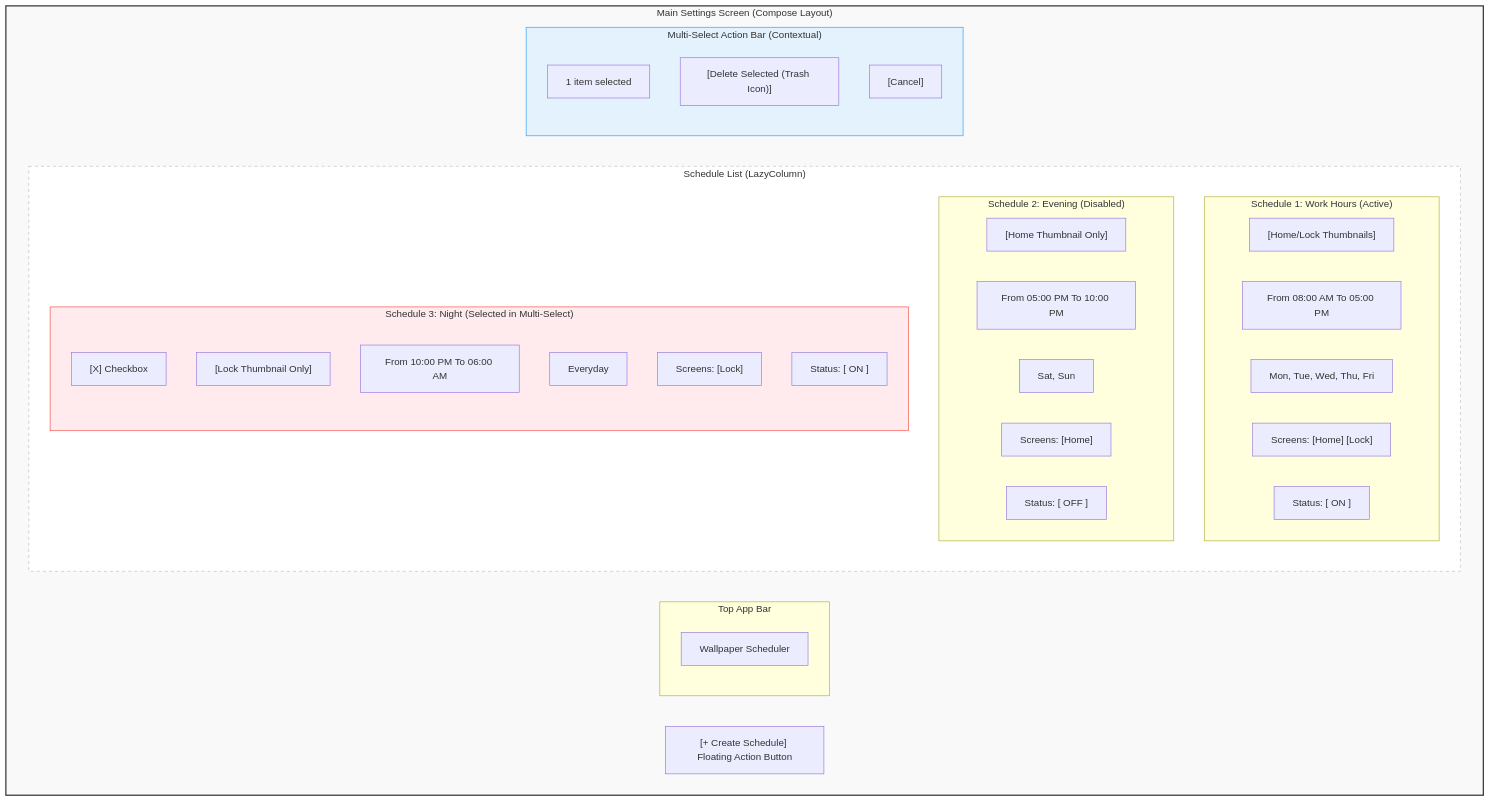
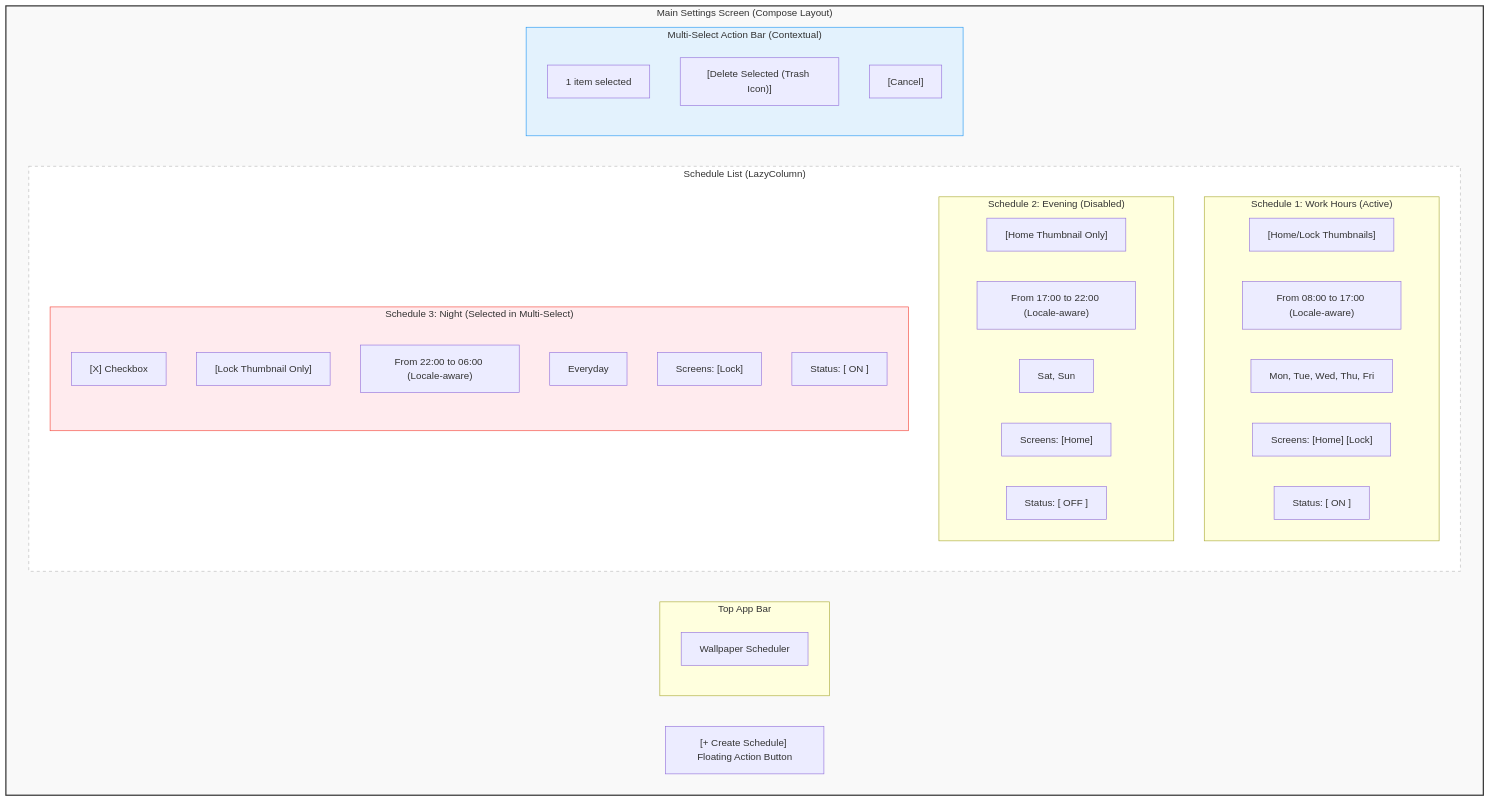
One commit to longnp91/wallpaper-scheduler changed the first of 4 diagrams in design/wireframe-spec.md. Above: the diagram before and after it, drawn with Mermaid. The commit also changed other lines of this file and 4 other files, not shown here.

````diff
--- a/design/wireframe-spec.md
+++ b/design/wireframe-spec.md
@@ -16,48 +16,48 @@
 ```mermaid
 graph TB
     subgraph MainScreen ["Main Settings Screen (Compose Layout)"]
         subgraph TopBar ["Top App Bar"]
             Title["Wallpaper Scheduler"]
         end
 
         subgraph ScheduleList ["Schedule List (LazyColumn)"]
             subgraph Schedule1 ["Schedule 1: Work Hours (Active)"]
                 S1_Preview["[Home/Lock Thumbnails]"]
-                S1_Time["From 08:00 AM To 05:00 PM"]
+                S1_Time["From 08:00 to 17:00 (Locale-aware)"]
                 S1_Days["Mon, Tue, Wed, Thu, Fri"]
                 S1_Tags["Screens: [Home] [Lock]"]
                 S1_Toggle["Status: [ ON ]"]
             end
 
             subgraph Schedule2 ["Schedule 2: Evening (Disabled)"]
                 S2_Preview["[Home Thumbnail Only]"]
-                S2_Time["From 05:00 PM To 10:00 PM"]
+                S2_Time["From 17:00 to 22:00 (Locale-aware)"]
                 S2_Days["Sat, Sun"]
                 S2_Tags["Screens: [Home]"]
                 S2_Toggle["Status: [ OFF ]"]
             end
 
             subgraph Schedule3_Selected ["Schedule 3: Night (Selected in Multi-Select)"]
                 S3_Checkbox["[X] Checkbox"]
                 S3_Preview["[Lock Thumbnail Only]"]
-                S3_Time["From 10:00 PM To 06:00 AM"]
+                S3_Time["From 22:00 to 06:00 (Locale-aware)"]
                 S3_Days["Everyday"]
                 S3_Tags["Screens: [Lock]"]
                 S3_Toggle["Status: [ ON ]"]
             end
         end
 
         subgraph MultiSelectActions ["Multi-Select Action Bar (Contextual)"]
             SelectedCount["1 item selected"]
             DeleteBtn["[Delete Selected (Trash Icon)]"]
             CancelSelectBtn["[Cancel]"]
         end
 
         CreateBtn["[+ Create Schedule] Floating Action Button"]
     end
 
     style MainScreen fill:#f9f9f9,stroke:#333,stroke-width:2px;
     style ScheduleList fill:#fff,stroke:#bbb,stroke-dasharray: 5 5;
     style Schedule3_Selected fill:#ffebee,stroke:#f44336;
     style MultiSelectActions fill:#e3f2fd,stroke:#2196f3;
 ```
````
